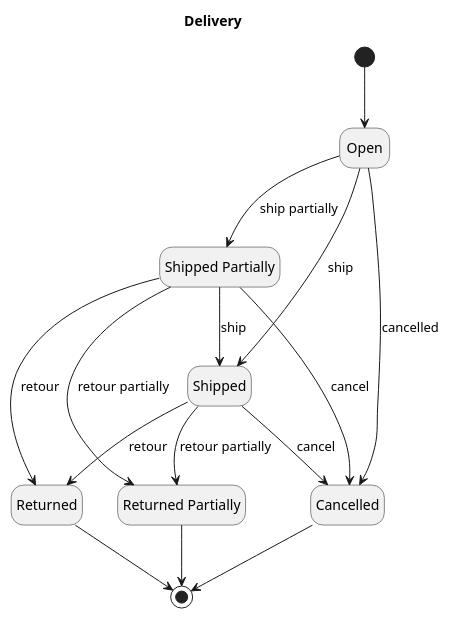
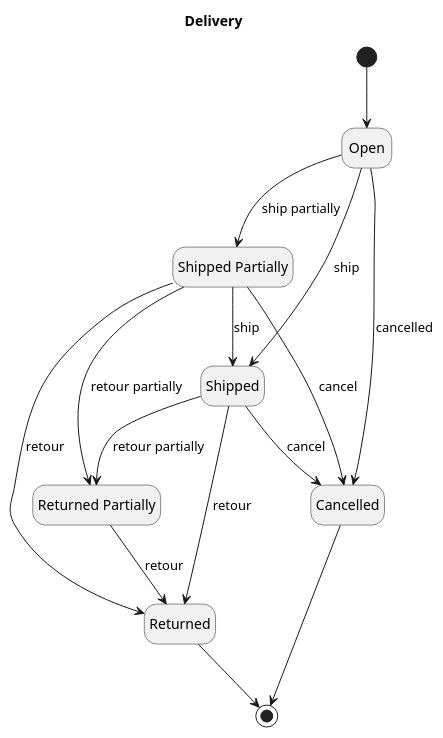
One commit to shopware/shopware changed the diagram in src/Docs/Resources/deprecated/2-internals/1-core/50-checkout-process/_puml/order-delivery-state-machine.puml. Above: the diagram before and after it, drawn with PlantUML. The commit also changed 4 other files, not shown here.

Commit message:
NEXT-11304 - Add a new state machine transition for order delivery from partially returned to returned

```diff
--- a/src/Docs/Resources/deprecated/2-internals/1-core/50-checkout-process/_puml/order-delivery-state-machine.puml
+++ b/src/Docs/Resources/deprecated/2-internals/1-core/50-checkout-process/_puml/order-delivery-state-machine.puml
@@ -1,32 +1,33 @@
 @startuml
 
 hide empty description
 
 title "Delivery"
 
 state "Open" as delivery_open
 state "Shipped Partially" as delivery_shipped_partially
 state "Shipped" as delivery_shipped
 state "Returned" as delivery_returned
 state "Returned Partially" as delivery_returned_partially
 state "Cancelled" as delivery_cancelled
 
 [*] --> delivery_open
 delivery_open --> delivery_shipped : ship
 delivery_open --> delivery_shipped_partially : ship partially
 delivery_open --> delivery_cancelled : cancelled
 
 delivery_shipped --> delivery_cancelled : cancel
 delivery_shipped --> delivery_returned : retour
 delivery_shipped --> delivery_returned_partially : retour partially
 
 delivery_shipped_partially --> delivery_cancelled : cancel
 delivery_shipped_partially --> delivery_shipped : ship
 delivery_shipped_partially --> delivery_returned : retour
 delivery_shipped_partially --> delivery_returned_partially : retour partially
 
+delivery_returned_partially --> delivery_returned : retour
+
 delivery_cancelled --> [*]
 delivery_returned --> [*]
-delivery_returned_partially --> [*]
 
 @enduml
```
